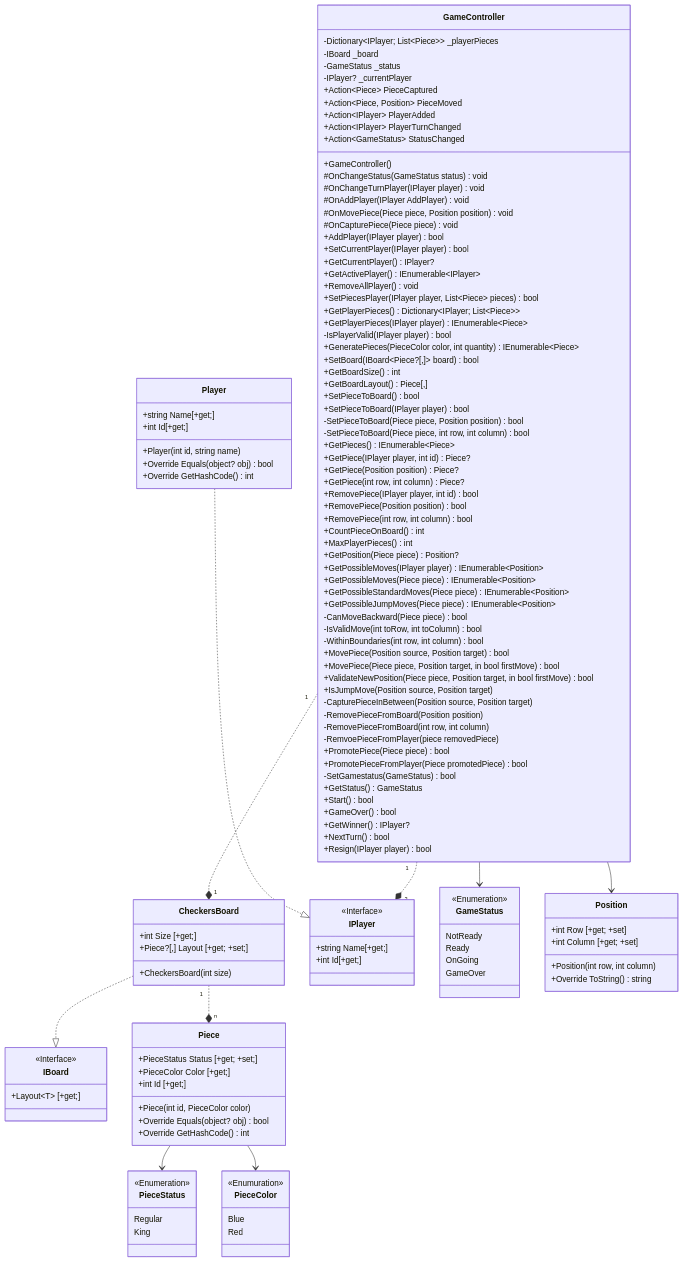
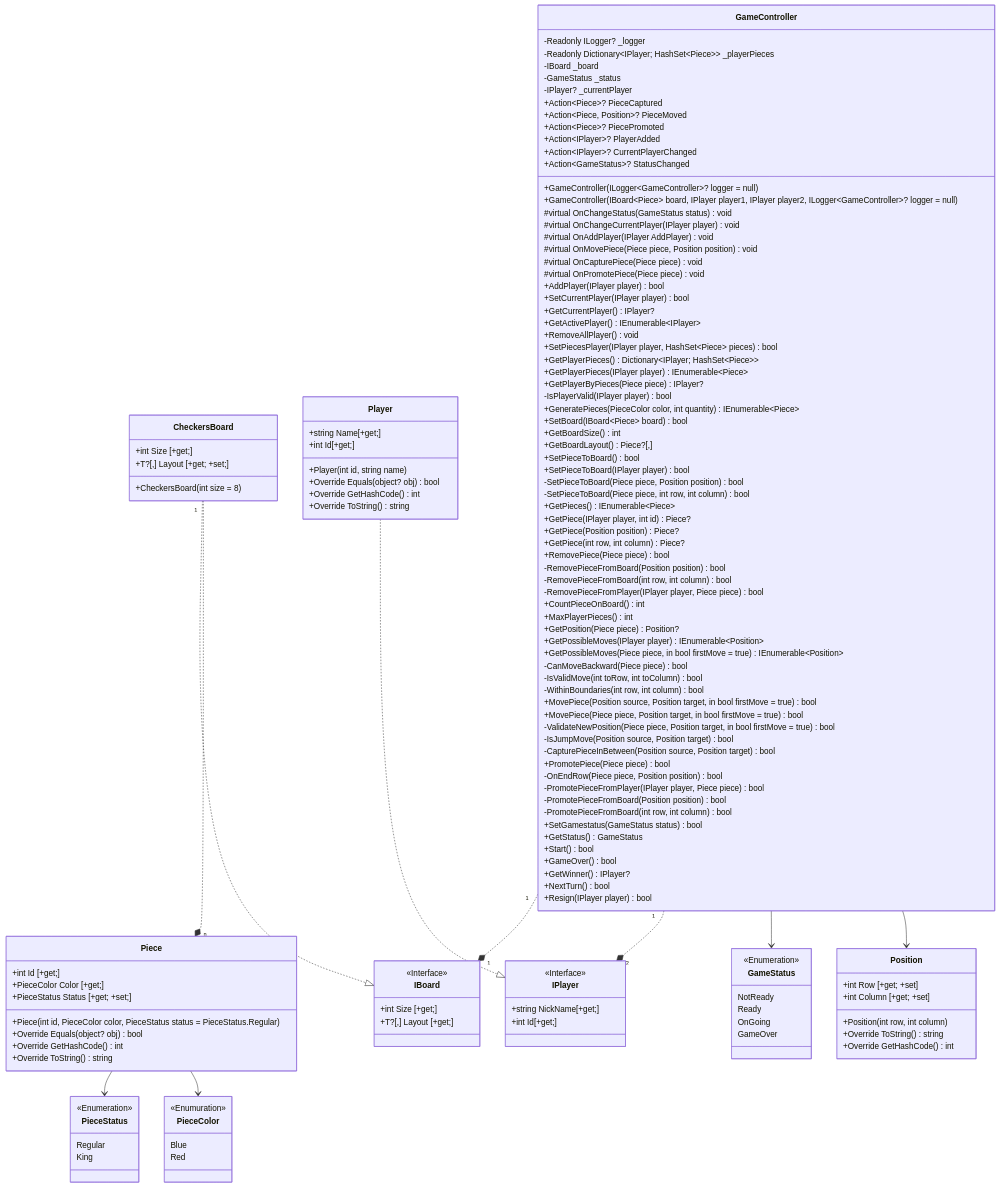
One commit to tardhiansyah/csharp-checkers-project changed the diagram in New-Class-Diagram.mmd. Above: the diagram before and after it, drawn with Mermaid. The commit also changed 5 other files, not shown here.

Commit message:
modified class diagram

```diff
--- a/New-Class-Diagram.mmd
+++ b/New-Class-Diagram.mmd
@@ -1,138 +1,152 @@
 classDiagram
     CheckersBoard ..|> IBoard 
     Player ..|> IPlayer
     Piece --> PieceStatus
     Piece --> PieceColor
     CheckersBoard"1"..*"n"Piece
-    GameController"1" ..* "1"CheckersBoard
+    GameController"1" ..* "1"IBoard
     GameController"1"..*"2" IPlayer
     GameController --> GameStatus
     GameController --> Position
 
     class IPlayer{
         <<Interface>>
-        +string Name[+get;]
+        +string NickName[+get;]
         +int Id[+get;]
     }
     class IBoard{
         <<Interface>>
-        +Layout~T~ [+get;]
+        +int Size [+get;]
+        +T?[,] Layout [+get;]
     }
 
     class PieceStatus{
         <<Enumeration>>
         Regular
         King
     }
     class PieceColor{
         <<Enumuration>>
         Blue
         Red
     }
     class GameStatus{
         <<Enumeration>>
         NotReady
         Ready
         OnGoing
         GameOver
     }
 
     class Position{
         +int Row [+get; +set]
         +int Column [+get; +set]
 
         +Position(int row, int column)
         +Override ToString() string
+        +Override GetHashCode() int
     }
     class Piece{
+        +int Id [+get;]
+        +PieceColor Color [+get;]
         +PieceStatus Status [+get; +set;]
-        +PieceColor Color [+get;]
-        +int Id [+get;]
 
-        +Piece(int id, PieceColor color)
+        +Piece(int id, PieceColor color, PieceStatus status = PieceStatus.Regular)
         +Override Equals(object? obj) bool
         +Override GetHashCode() int
+        +Override ToString() string
     }
     class Player{
         +string Name[+get;]
         +int Id[+get;]
         
         +Player(int id, string name)
         +Override Equals(object? obj) bool
         +Override GetHashCode() int
+        +Override ToString() string
     }
     class CheckersBoard{
         +int Size [+get;]
-        +Piece?[,] Layout [+get; +set;]
+        +T?[,] Layout [+get; +set;]
 
-        +CheckersBoard(int size)
+        +CheckersBoard(int size = 8)
     }
     class GameController{
-        -Dictionary~IPlayer; List~Piece~~ _playerPieces
-        -IBoard<Piece?[,]> _board
+        -Readonly ILogger<GameController>? _logger
+        -Readonly Dictionary~IPlayer; HashSet~Piece~~ _playerPieces
+        -IBoard<Piece> _board
         -GameStatus _status
         -IPlayer? _currentPlayer
-        +Action~Piece~ PieceCaptured
-        +Action~Piece, Position~ PieceMoved
-        +Action~IPlayer~ PlayerAdded
-        +Action~IPlayer~ PlayerTurnChanged
-        +Action~GameStatus~ StatusChanged
+        +Action~Piece~? PieceCaptured
+        +Action~Piece, Position~? PieceMoved
+        +Action~Piece~? PiecePromoted
+        +Action~IPlayer~? PlayerAdded
+        +Action~IPlayer~? CurrentPlayerChanged
+        +Action~GameStatus~? StatusChanged
 
-        +GameController()
-        #OnChangeStatus(GameStatus status) void
-        #OnChangeTurnPlayer(IPlayer player) void
-        #OnAddPlayer(IPlayer AddPlayer) void
-        #OnMovePiece(Piece piece, Position position) void
-        #OnCapturePiece(Piece piece) void
+        +GameController(ILogger~GameController~? logger = null)
+        +GameController(IBoard~Piece~ board, IPlayer player1, IPlayer player2, ILogger~GameController~? logger = null)
+        
+        #virtual OnChangeStatus(GameStatus status) void
+        #virtual OnChangeCurrentPlayer(IPlayer player) void
+        #virtual OnAddPlayer(IPlayer AddPlayer) void
+        #virtual OnMovePiece(Piece piece, Position position) void
+        #virtual OnCapturePiece(Piece piece) void
+        #virtual OnPromotePiece(Piece piece) void
+        
         +AddPlayer(IPlayer player) bool
         +SetCurrentPlayer(IPlayer player) bool
         +GetCurrentPlayer() IPlayer?
         +GetActivePlayer() IEnumerable~IPlayer~
         +RemoveAllPlayer() void
-        +SetPiecesPlayer(IPlayer player, List~Piece~ pieces) bool
-        +GetPlayerPieces() Dictionary~IPlayer; List~Piece~~
+        +SetPiecesPlayer(IPlayer player, HashSet~Piece~ pieces) bool
+        +GetPlayerPieces() Dictionary~IPlayer; HashSet~Piece~~
         +GetPlayerPieces(IPlayer player) IEnumerable~Piece~
+        +GetPlayerByPieces(Piece piece) IPlayer?
         -IsPlayerValid(IPlayer player) bool
+        
         +GeneratePieces(PieceColor color, int quantity) IEnumerable~Piece~
-        +SetBoard(IBoard~Piece?[,]~ board) bool
+        +SetBoard(IBoard~Piece~ board) bool
         +GetBoardSize() int
-        +GetBoardLayout() Piece[,]
+        +GetBoardLayout() Piece?[,]
         +SetPieceToBoard() bool
         +SetPieceToBoard(IPlayer player) bool
         -SetPieceToBoard(Piece piece, Position position) bool
         -SetPieceToBoard(Piece piece, int row, int column) bool
         +GetPieces() IEnumerable~Piece~
         +GetPiece(IPlayer player, int id) Piece?
         +GetPiece(Position position) Piece?
         +GetPiece(int row, int column) Piece?
-        +RemovePiece(IPlayer player, int id) bool
-        +RemovePiece(Position position) bool
-        +RemovePiece(int row, int column) bool
+        +RemovePiece(Piece piece) bool
+        -RemovePieceFromBoard(Position position) bool
+        -RemovePieceFromBoard(int row, int column) bool
+        -RemovePieceFromPlayer(IPlayer player, Piece piece) bool
         +CountPieceOnBoard() int
         +MaxPlayerPieces() int
+        
         +GetPosition(Piece piece) Position?
         +GetPossibleMoves(IPlayer player) IEnumerable~Position~
-        +GetPossibleMoves(Piece piece) IEnumerable~Position~
-        +GetPossibleStandardMoves(Piece piece) IEnumerable~Position~
-        +GetPossibleJumpMoves(Piece piece) IEnumerable~Position~
+        +GetPossibleMoves(Piece piece, in bool firstMove = true) IEnumerable~Position~
         -CanMoveBackward(Piece piece) bool
         -IsValidMove(int toRow, int toColumn) bool
         -WithinBoundaries(int row, int column) bool
-        +MovePiece(Position source, Position target) bool
-        +MovePiece(Piece piece, Position target, in bool firstMove) bool
-        +ValidateNewPosition(Piece piece, Position target, in bool firstMove) bool
-        +IsJumpMove(Position source, Position target)
-        -CapturePieceInBetween(Position source, Position target)
-        -RemovePieceFromBoard(Position position)
-        -RemovePieceFromBoard(int row, int column)
-        -RemvoePieceFromPlayer(piece removedPiece)
+        
+        +MovePiece(Position source, Position target, in bool firstMove = true) bool
+        +MovePiece(Piece piece, Position target, in bool firstMove = true) bool
+        -ValidateNewPosition(Piece piece, Position target, in bool firstMove = true) bool
+        -IsJumpMove(Position source, Position target) bool
+        -CapturePieceInBetween(Position source, Position target) bool
         +PromotePiece(Piece piece) bool
-        +PromotePieceFromPlayer(Piece promotedPiece) bool
-        -SetGamestatus(GameStatus) bool
+        -OnEndRow(Piece piece, Position position) bool
+        -PromotePieceFromPlayer(IPlayer player, Piece piece) bool
+        -PromotePieceFromBoard(Position position) bool
+        -PromotePieceFromBoard(int row, int column) bool
+        
+        +SetGamestatus(GameStatus status) bool
         +GetStatus() GameStatus
         +Start() bool
         +GameOver() bool
         +GetWinner() IPlayer?
         +NextTurn() bool
         +Resign(IPlayer player) bool
     }
```
